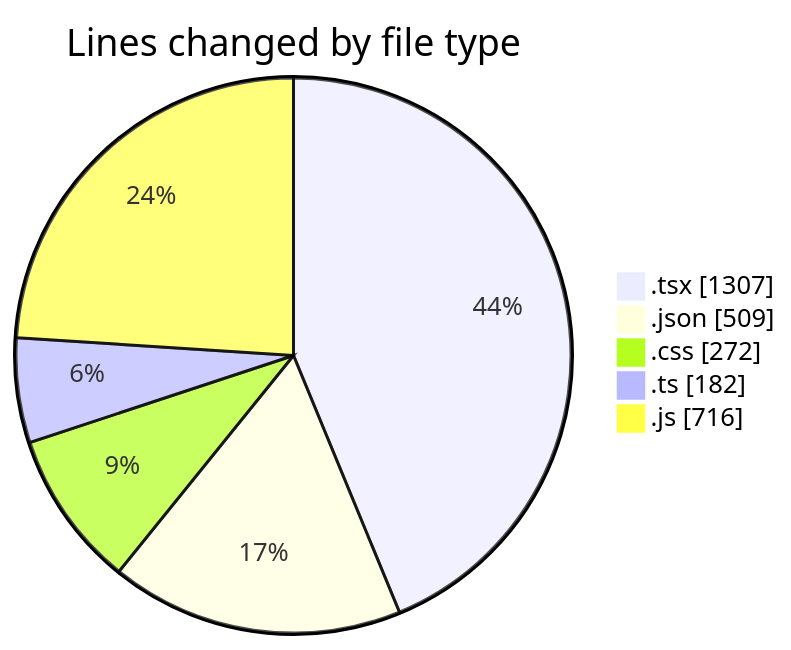
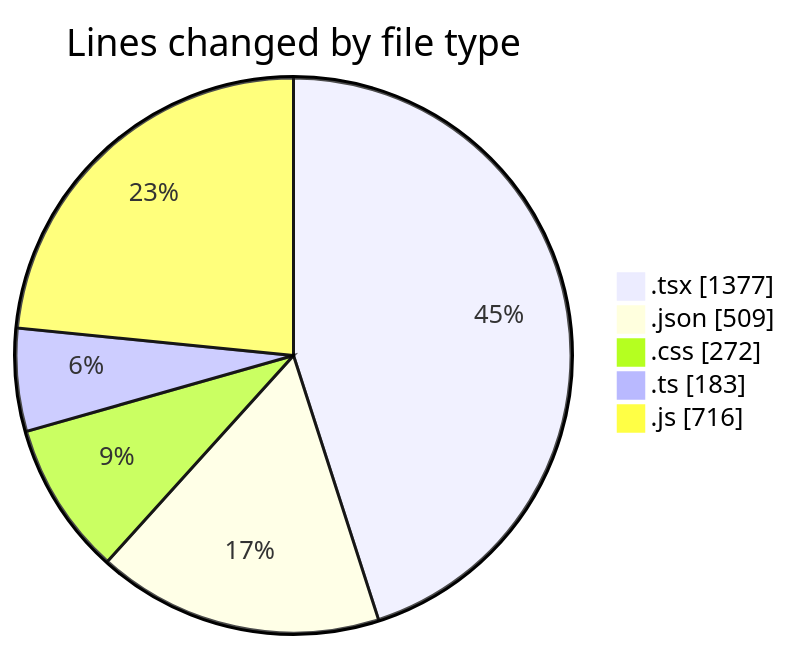
The first of 2 diagrams in 2025-05-04/niten/README.md (Elitesun/code-tracking), drawn with Mermaid before and after one commit. The commit also changed other lines of this file and 1 other file, not shown here.

````diff
--- a/2025-05-04/niten/README.md
+++ b/2025-05-04/niten/README.md
@@ -47,9 +49,9 @@
 ```mermaid
 pie showData
 title Lines changed by file type
-".tsx" : 1307
+".tsx" : 1377
 ".json" : 509
 ".css" : 272
-".ts" : 182
+".ts" : 183
 ".js" : 716
 ```
````
